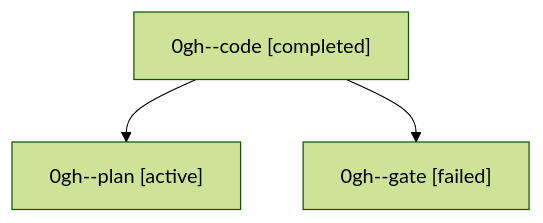
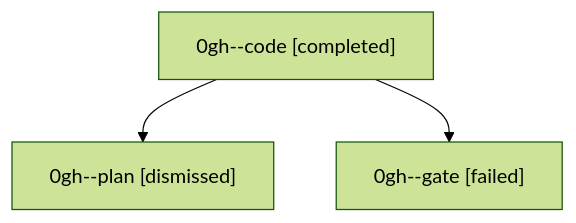
Before and after one commit to sase-org/sase--agents: the diagram in sessions/bbugyi200.athena.0gh.md, drawn with Mermaid (forest theme). The commit also changed other lines of this file and 24 other files, not shown here.

````diff
--- a/sessions/bbugyi200.athena.0gh.md
+++ b/sessions/bbugyi200.athena.0gh.md
@@ -9,8 +9,8 @@
 ```mermaid
 flowchart TD
   n0["0gh--code [completed]"]
-  n1["0gh--plan [active]"]
+  n1["0gh--plan [dismissed]"]
   n0 --> n1
   n2["0gh--gate [failed]"]
   n0 --> n2
 ```
````
